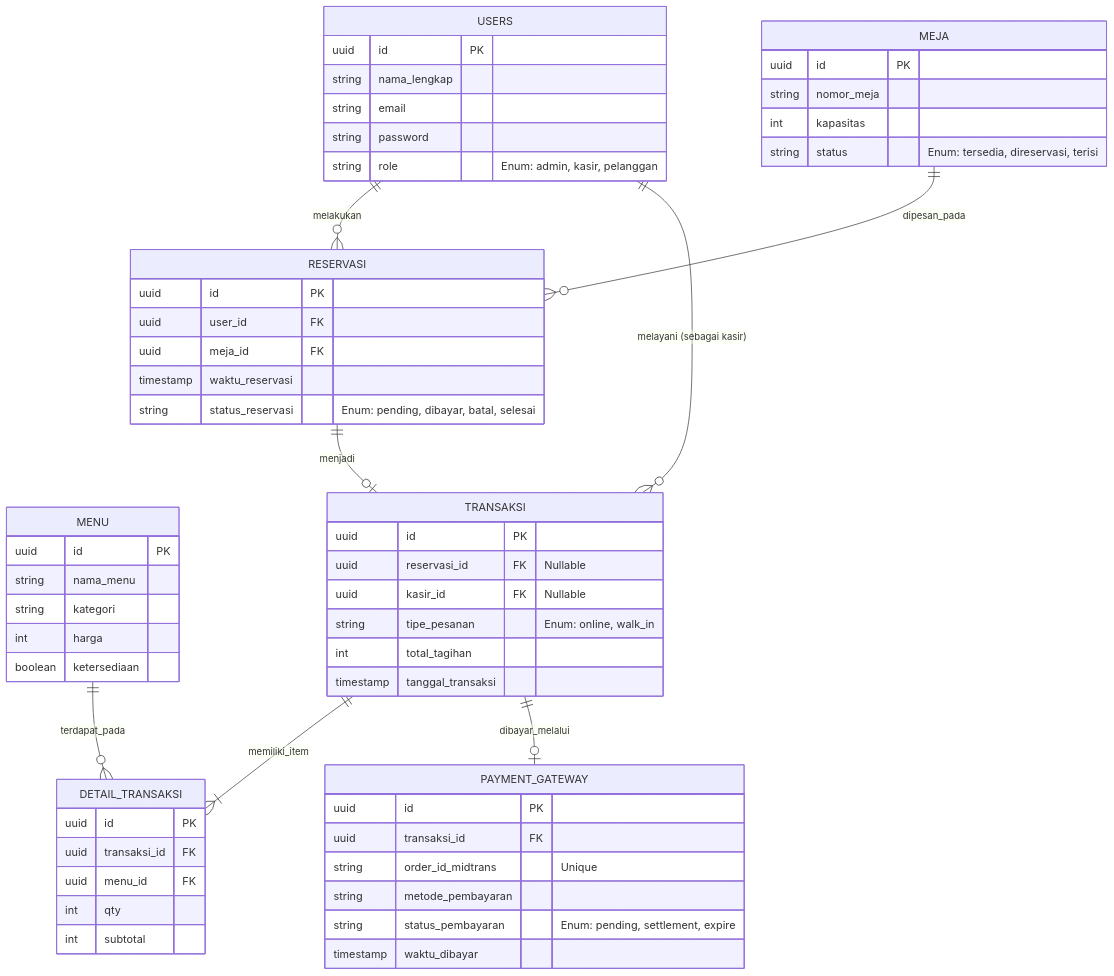
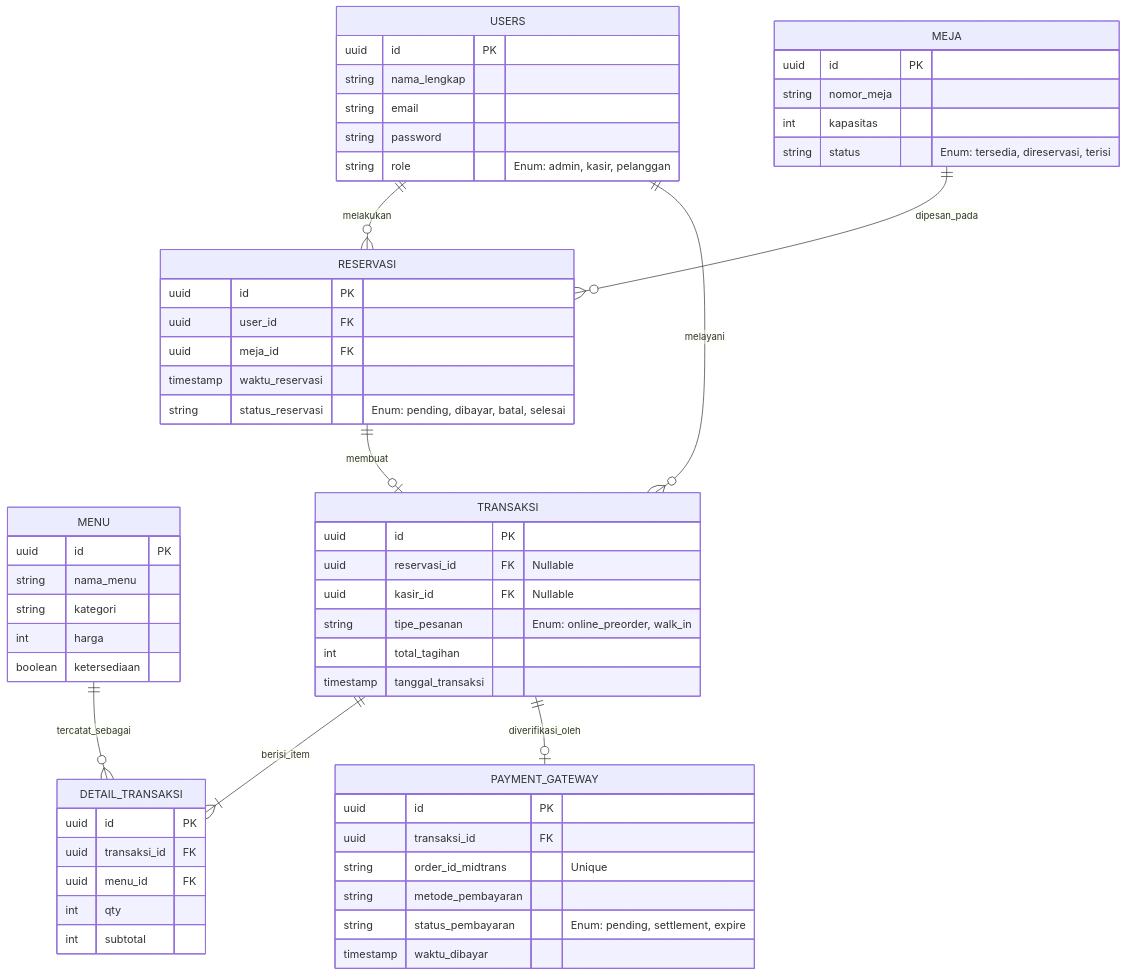
One commit to IlyasNur19/Ruang-Kopi changed the second of 2 diagrams in prd pos and paymend.md. Above: the diagram before and after it, drawn with Mermaid. The commit also changed other lines of this file and 24 other files, not shown here.

````diff
--- a/prd pos and paymend.md
+++ b/prd pos and paymend.md
@@ -83,61 +97,61 @@
 ```mermaid
 erDiagram
     USERS {
         uuid id PK
         string nama_lengkap
         string email
         string password
         string role "Enum: admin, kasir, pelanggan"
     }
     MEJA {
         uuid id PK
         string nomor_meja
         int kapasitas
         string status "Enum: tersedia, direservasi, terisi"
     }
     MENU {
         uuid id PK
         string nama_menu
         string kategori
         int harga
         boolean ketersediaan
     }
     RESERVASI {
         uuid id PK
         uuid user_id FK
         uuid meja_id FK
         timestamp waktu_reservasi
         string status_reservasi "Enum: pending, dibayar, batal, selesai"
     }
     TRANSAKSI {
         uuid id PK
         uuid reservasi_id FK "Nullable"
         uuid kasir_id FK "Nullable"
-        string tipe_pesanan "Enum: online, walk_in"
+        string tipe_pesanan "Enum: online_preorder, walk_in"
         int total_tagihan
         timestamp tanggal_transaksi
     }
     DETAIL_TRANSAKSI {
         uuid id PK
         uuid transaksi_id FK
         uuid menu_id FK
         int qty
         int subtotal
     }
     PAYMENT_GATEWAY {
         uuid id PK
         uuid transaksi_id FK
         string order_id_midtrans "Unique"
         string metode_pembayaran
         string status_pembayaran "Enum: pending, settlement, expire"
         timestamp waktu_dibayar
     }
 
     USERS ||--o{ RESERVASI : "melakukan"
     MEJA ||--o{ RESERVASI : "dipesan_pada"
-    RESERVASI ||--o| TRANSAKSI : "menjadi"
-    USERS ||--o{ TRANSAKSI : "melayani (sebagai kasir)"
-    TRANSAKSI ||--|{ DETAIL_TRANSAKSI : "memiliki_item"
-    MENU ||--o{ DETAIL_TRANSAKSI : "terdapat_pada"
-    TRANSAKSI ||--o| PAYMENT_GATEWAY : "dibayar_melalui"
+    RESERVASI ||--o| TRANSAKSI : "membuat"
+    USERS ||--o{ TRANSAKSI : "melayani"
+    TRANSAKSI ||--|{ DETAIL_TRANSAKSI : "berisi_item"
+    MENU ||--o{ DETAIL_TRANSAKSI : "tercatat_sebagai"
+    TRANSAKSI ||--o| PAYMENT_GATEWAY : "diverifikasi_oleh"
 ```
````
